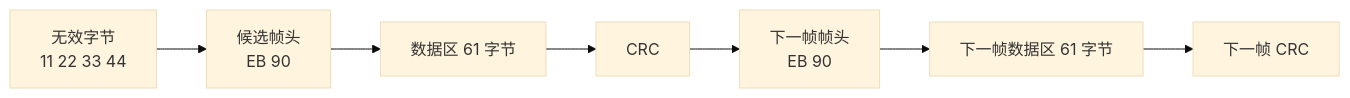
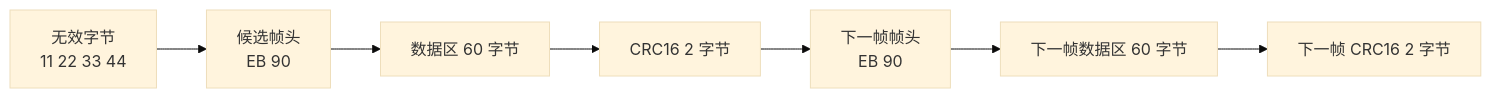
Before and after one commit to ecuster21/MissionComputerTeach: the diagram in docs/frame_sync/05_字节流示例.md, drawn with Mermaid (base theme). The commit also changed other lines of this file and 12 other files, not shown here.

````diff
--- a/docs/frame_sync/05_字节流示例.md
+++ b/docs/frame_sync/05_字节流示例.md
@@ -5,9 +5,9 @@
 ```mermaid
 flowchart LR
     A[无效字节<br/>11 22 33 44] --> B[候选帧头<br/>EB 90]
-    B --> C[数据区 61 字节]
-    C --> D[CRC]
+    B --> C[数据区 60 字节]
+    C --> D[CRC16 2 字节]
     D --> E[下一帧帧头<br/>EB 90]
-    E --> F[下一帧数据区 61 字节]
-    F --> G[下一帧 CRC]
+    E --> F[下一帧数据区 60 字节]
+    F --> G[下一帧 CRC16 2 字节]
 ```
````
